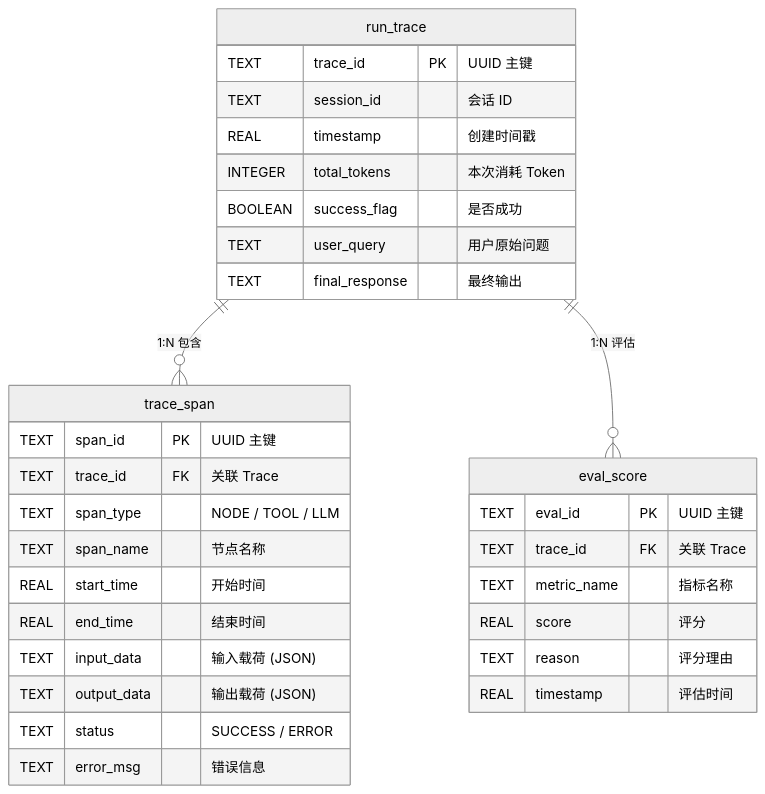
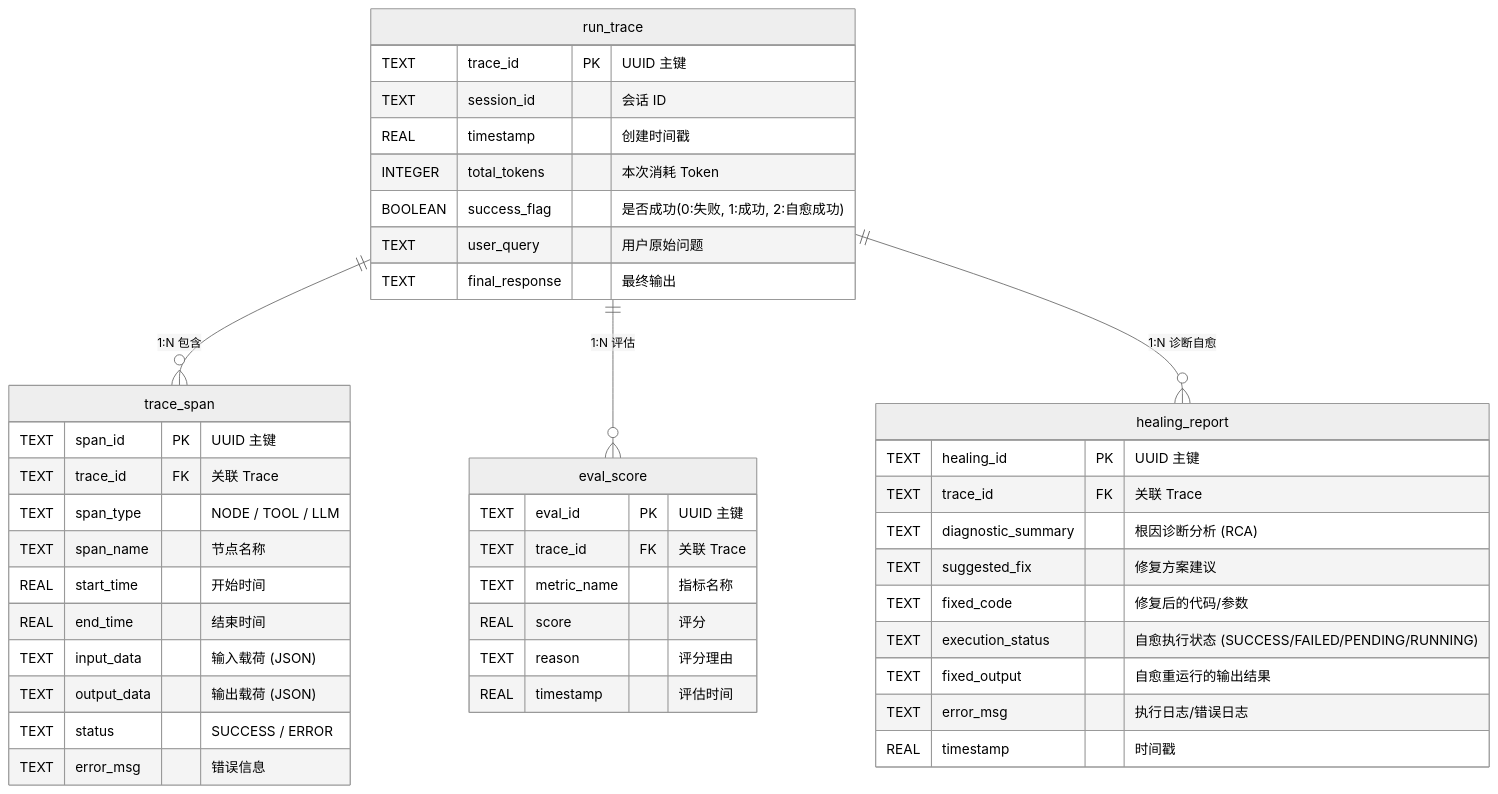
The fourth of 5 diagrams in CAE_Eval_Platform/README.md (aohanao/My-job), drawn with Mermaid (neutral theme) before and after one commit. The commit also changed other lines of this file and 58 other files, not shown here.

````diff
--- a/CAE_Eval_Platform/README.md
+++ b/CAE_Eval_Platform/README.md
@@ -411,37 +428,50 @@
 ```mermaid
 erDiagram
     run_trace ||--o{ trace_span : "1:N 包含"
     run_trace ||--o{ eval_score : "1:N 评估"
+    run_trace ||--o{ healing_report : "1:N 诊断自愈"
 
     run_trace {
         TEXT trace_id PK "UUID 主键"
         TEXT session_id "会话 ID"
         REAL timestamp "创建时间戳"
         INTEGER total_tokens "本次消耗 Token"
-        BOOLEAN success_flag "是否成功"
+        BOOLEAN success_flag "是否成功(0:失败, 1:成功, 2:自愈成功)"
         TEXT user_query "用户原始问题"
         TEXT final_response "最终输出"
     }
 
     trace_span {
         TEXT span_id PK "UUID 主键"
         TEXT trace_id FK "关联 Trace"
         TEXT span_type "NODE / TOOL / LLM"
         TEXT span_name "节点名称"
         REAL start_time "开始时间"
         REAL end_time "结束时间"
         TEXT input_data "输入载荷 (JSON)"
         TEXT output_data "输出载荷 (JSON)"
         TEXT status "SUCCESS / ERROR"
         TEXT error_msg "错误信息"
     }
 
     eval_score {
         TEXT eval_id PK "UUID 主键"
         TEXT trace_id FK "关联 Trace"
         TEXT metric_name "指标名称"
         REAL score "评分"
         TEXT reason "评分理由"
         REAL timestamp "评估时间"
     }
+
+    healing_report {
+        TEXT healing_id PK "UUID 主键"
+        TEXT trace_id FK "关联 Trace"
+        TEXT diagnostic_summary "根因诊断分析 (RCA)"
+        TEXT suggested_fix "修复方案建议"
+        TEXT fixed_code "修复后的代码/参数"
+        TEXT execution_status "自愈执行状态 (SUCCESS/FAILED/PENDING/RUNNING)"
+        TEXT fixed_output "自愈重运行的输出结果"
+        TEXT error_msg "执行日志/错误日志"
+        REAL timestamp "时间戳"
+    }
 ```
````
